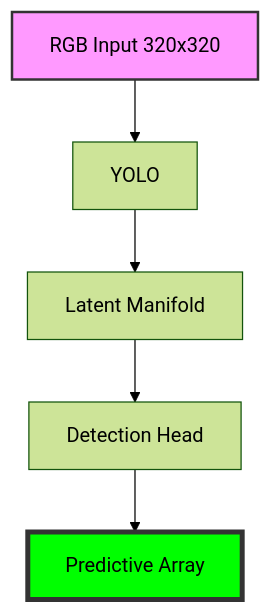
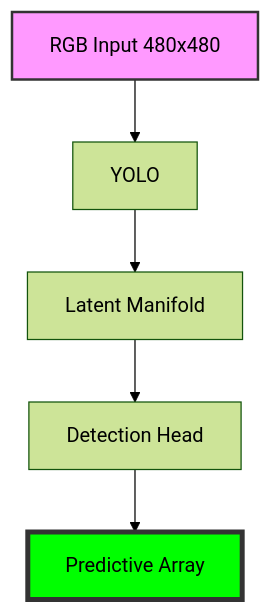
The diagram in yolov8n/README.md (lemgenda/lemgendary-pretrained-models), drawn with Mermaid (forest theme) before and after one commit. The commit also changed other lines of this file and 9 other files, not shown here.

````diff
--- a/yolov8n/README.md
+++ b/yolov8n/README.md
@@ -16,10 +16,10 @@
 ```mermaid
 graph TD
-    Input[RGB Input 320x320] --> Backbone[YOLO]
+    Input[RGB Input 480x480] --> Backbone[YOLO]
     Backbone --> Manifold[Latent Manifold]
     Manifold --> Head[Detection Head]
     Head --> Output[Predictive Array]
     
     style Input fill:#f9f,stroke:#333,stroke-width:2px
     style Output fill:#00ff00,stroke:#333,stroke-width:4px
 ```
````
